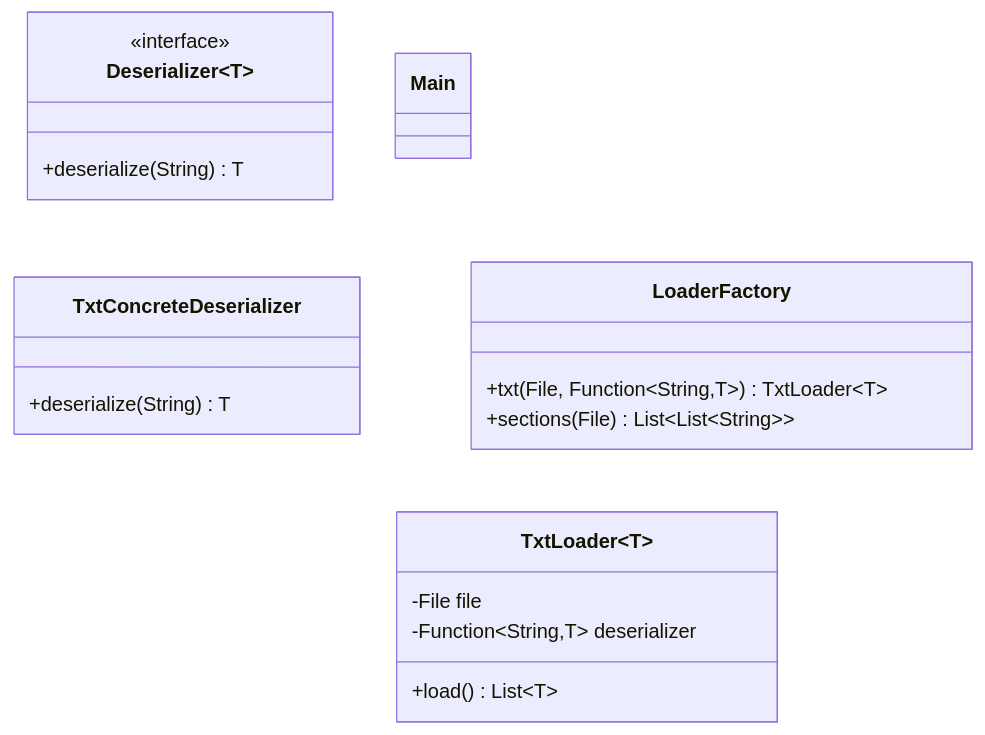
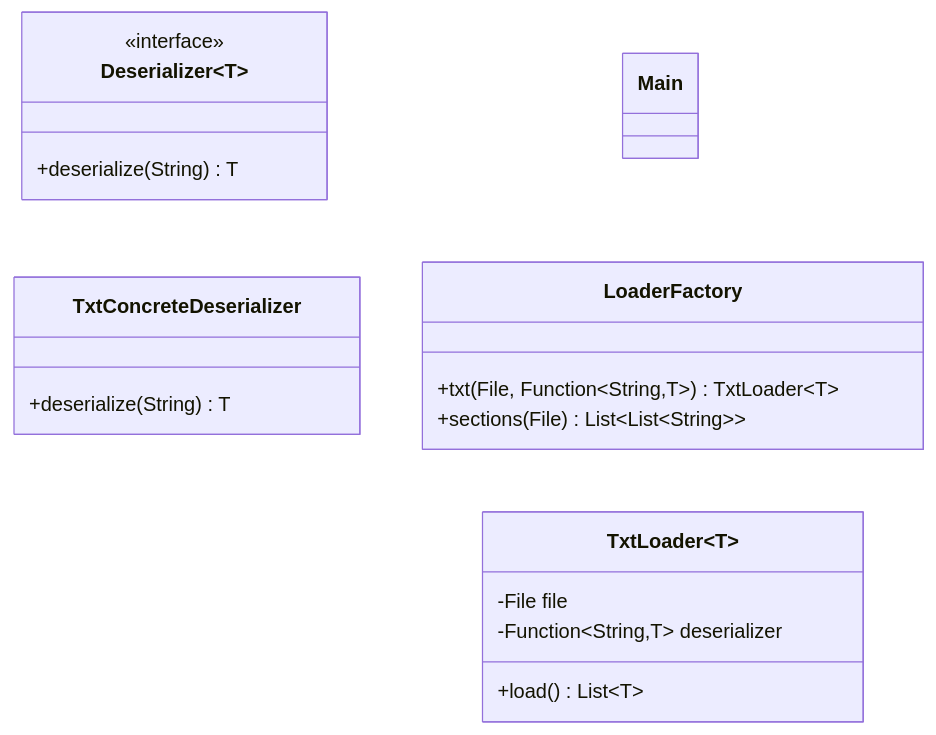
Before and after one commit to lauraheerrera/aoc2025: the diagram in UML diagrams/uml_io.md, drawn with Mermaid. The commit also changed 91 other files, not shown here.

````diff
--- a/UML diagrams/uml_io.md
+++ b/UML diagrams/uml_io.md
@@ -1,34 +1,33 @@
 ```mermaid
 %%{init: { 'themeVariables': { 'lineColor': '#FFFFFF' } } }%%
 classDiagram
     direction TB
 
     class Deserializer~T~ {
         <<interface>>
         +deserialize(String) T
     }
 
     class TxtConcreteDeserializer {
         +deserialize(String) T
     }
 
     class LoaderFactory {
         +txt(File, Function~String,T~) TxtLoader~T~
         +sections(File) List~List~String~~
     }
 
     class TxtLoader~T~ {
         -File file
         -Function~String,T~ deserializer
         +load() List~T~
     }
 
     class Main {
     }
 
     Deserializer <|.. TxtConcreteDeserializer 
     Main --> LoaderFactory
     Main --> TxtConcreteDeserializer
-    Main ..> TxtLoader
     LoaderFactory ..> TxtLoader
 ```
````
